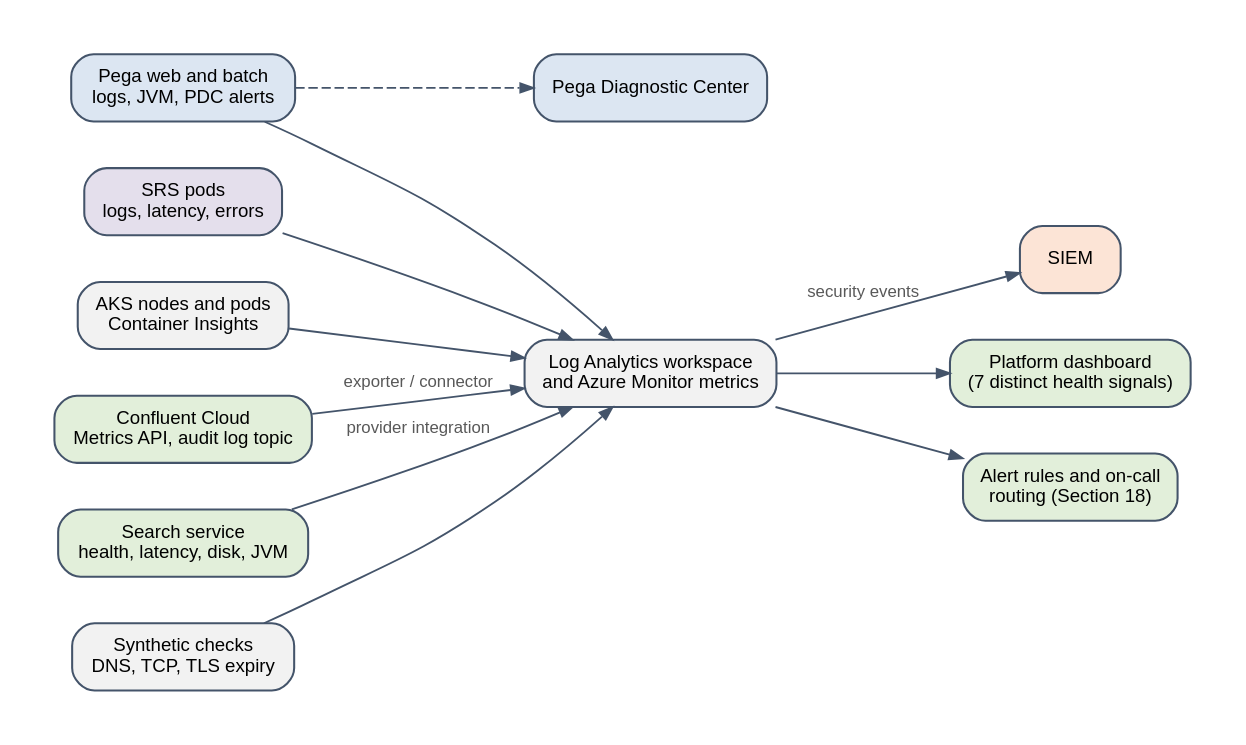
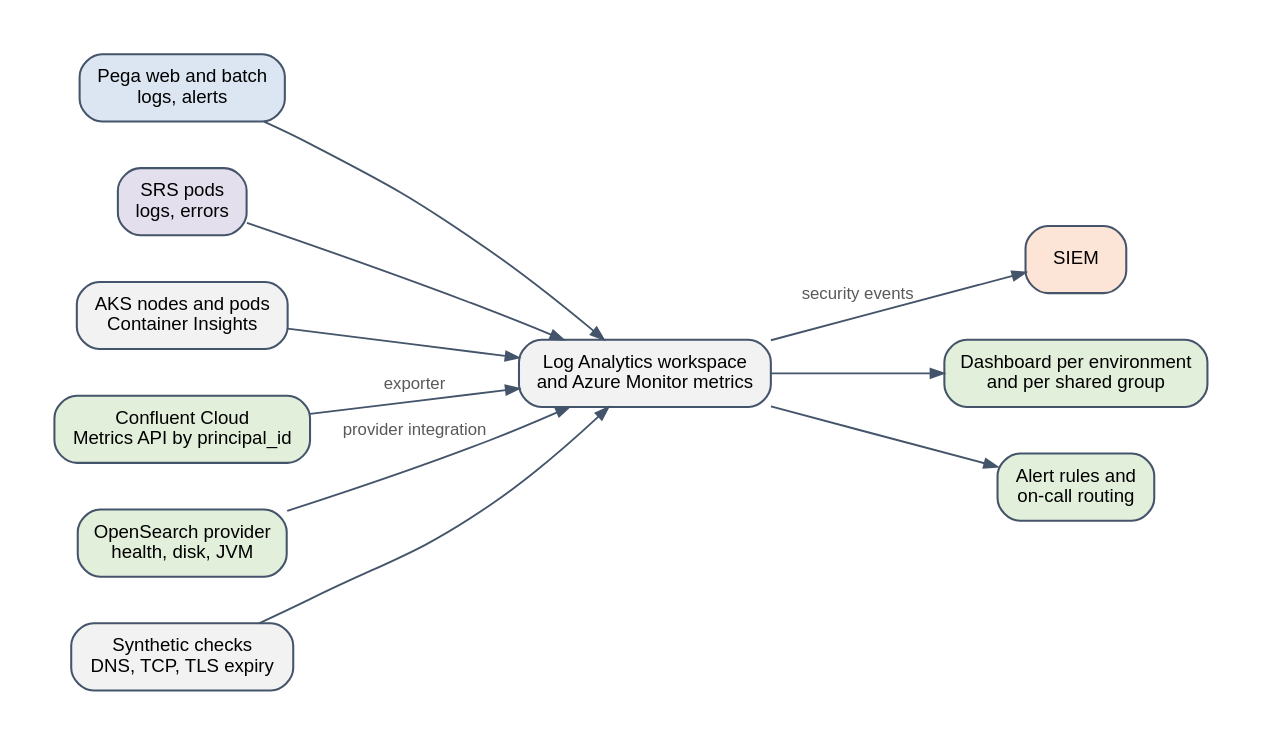
One commit to ravislr-beep/Sukoon changed the diagram in runbook/img/generated/fig_observability.dot. Above: the diagram before and after it, drawn with Graphviz. The commit also changed 74 other files, not shown here.

Commit message:
Add naming, Helm values and reference sources for the clone-and-upgrade runbook; regenerate diagrams

```diff
--- a/runbook/img/generated/fig_observability.dot
+++ b/runbook/img/generated/fig_observability.dot
@@ -1,27 +1,25 @@
 digraph G {
 
   graph [fontname="Liberation Sans", fontsize=11, bgcolor="white", pad="0.3", nodesep="0.35", ranksep="0.45", fontcolor="#1F3864"];
   node  [fontname="Liberation Sans", fontsize=10, shape=box, style="rounded,filled", fillcolor="white", color="#44546A", penwidth=1.1, margin="0.14,0.07"];
   edge  [fontname="Liberation Sans", fontsize=9, color="#44546A", fontcolor="#595959", arrowsize=0.7, penwidth=1.0];
 
 
   rankdir=LR;
-  pega [label="Pega web and batch\nlogs, JVM, PDC alerts", fillcolor="#DCE6F2"];
-  srs [label="SRS pods\nlogs, latency, errors", fillcolor="#E4DFEC"];
+  pega [label="Pega web and batch\nlogs, alerts", fillcolor="#DCE6F2"];
+  srs [label="SRS pods\nlogs, errors", fillcolor="#E4DFEC"];
   aks [label="AKS nodes and pods\nContainer Insights", fillcolor="#F2F2F2"];
-  ccl [label="Confluent Cloud\nMetrics API, audit log topic", fillcolor="#E2EFDA"];
-  srch [label="Search service\nhealth, latency, disk, JVM", fillcolor="#E2EFDA"];
+  ccl [label="Confluent Cloud\nMetrics API by principal_id", fillcolor="#E2EFDA"];
+  srch [label="OpenSearch provider\nhealth, disk, JVM", fillcolor="#E2EFDA"];
   net [label="Synthetic checks\nDNS, TCP, TLS expiry", fillcolor="#F2F2F2"];
   law [label="Log Analytics workspace\nand Azure Monitor metrics", fillcolor="#F2F2F2"];
-  pdc [label="Pega Diagnostic Center", fillcolor="#DCE6F2"];
   siem [label="SIEM", fillcolor="#FCE4D6"];
-  dash [label="Platform dashboard\n(7 distinct health signals)", fillcolor="#E2EFDA"];
-  alert [label="Alert rules and on-call\nrouting (Section 18)", fillcolor="#E2EFDA"];
+  dash [label="Dashboard per environment\nand per shared group", fillcolor="#E2EFDA"];
+  alert [label="Alert rules and\non-call routing", fillcolor="#E2EFDA"];
   pega -> law; srs -> law; aks -> law; net -> law;
-  ccl -> law [label="exporter / connector"];
+  ccl -> law [label="exporter"];
   srch -> law [label="provider integration"];
-  pega -> pdc [style=dashed];
   law -> siem [label="security events"];
   law -> dash; law -> alert;
 
 }
```
